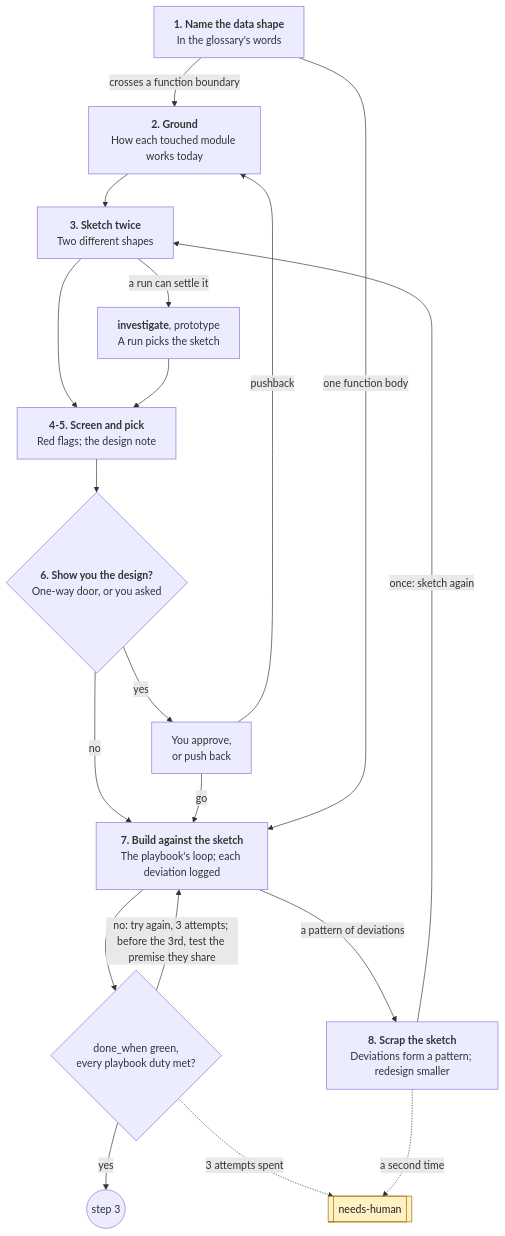
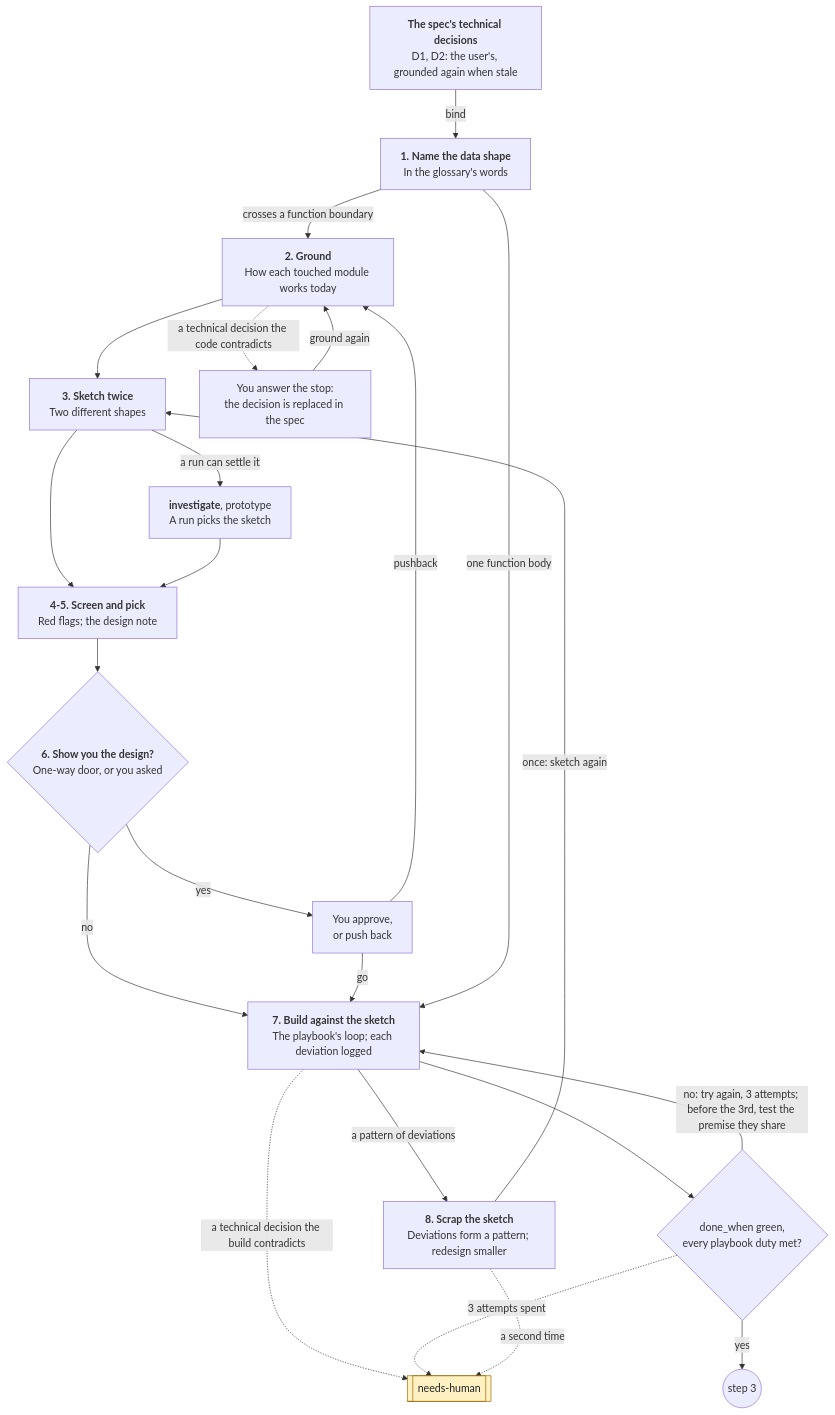
The fifth of 13 diagrams in skills/GRAPH.md (Ilian-Allaf/skillstack), drawn with Mermaid before and after one commit. The commit also changed other lines of this file and 38 other files, not shown here.

First line of the commit message:
Shape the architecture apart from the intent

````diff
--- a/skills/GRAPH.md
+++ b/skills/GRAPH.md
@@ -188,38 +191,44 @@
 ```mermaid
 flowchart TB
+  decisions["<b>The spec's technical decisions</b><br/>D1, D2: the user's, grounded again when stale"]
   data["<b>1. Name the data shape</b><br/>In the glossary's words"]
   ground["<b>2. Ground</b><br/>How each touched module works today"]
   sketch["<b>3. Sketch twice</b><br/>Two different shapes"]
   proto["<b>investigate</b>, prototype<br/>A run picks the sketch"]
   pick["<b>4-5. Screen and pick</b><br/>Red flags; the design note"]
   show{"<b>6. Show you the design?</b><br/>One-way door, or you asked"}
   you["You approve,<br/>or push back"]
   build["<b>7. Build against the sketch</b><br/>The playbook's loop; each deviation logged"]
   scrap["<b>8. Scrap the sketch</b><br/>Deviations form a pattern; redesign smaller"]
   check{"done_when green,<br/>every playbook duty met?"}
   human[["needs-human"]]
   next(("step 3"))
 
+  answer["You answer the stop:<br/>the decision is replaced in the spec"]
+  decisions -->|bind| data
+  ground -.->|a technical decision the code contradicts| answer
+  answer -->|ground again| ground
+  build -.->|a technical decision the build contradicts| human
   data -->|crosses a function boundary| ground --> sketch --> pick --> show
   sketch -->|a run can settle it| proto --> pick
   show -->|yes| you
   show -->|no| build
   you -->|go| build
   build --> check
   check -->|yes| next
   data -->|one function body| build
   check -->|"no: try again, 3 attempts; before the 3rd, test the premise they share"| build
   check -.->|3 attempts spent| human
   build -->|a pattern of deviations| scrap
   scrap -->|once: sketch again| sketch
   scrap -.->|a second time| human
   you -->|pushback| ground
 
   classDef ready fill:#d3f5dc,stroke:#1a7f37,color:#1f2328
   classDef human fill:#fff1c2,stroke:#9a6700,color:#1f2328
   classDef stop fill:#ffe0e0,stroke:#cf222e,color:#1f2328
   class human human
 
   click build href "https://github.com/Ilian-Allaf/skillstack/blob/master/skills/GRAPH.md#5-the-playbooks" _top
   click human href "https://github.com/Ilian-Allaf/skillstack/blob/master/skills/GRAPH.md#every-loop-and-its-budget" _top
 ```
````
